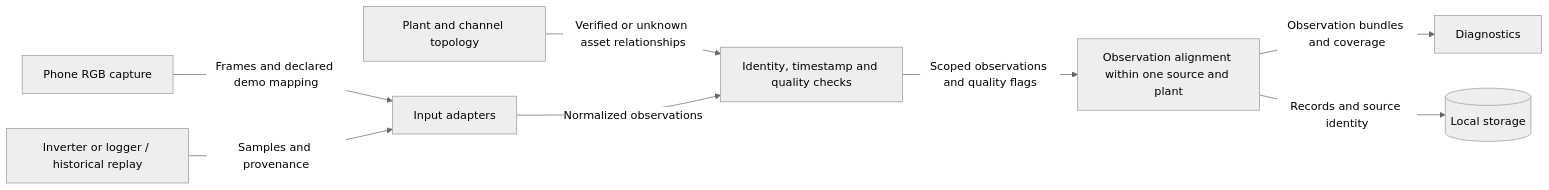
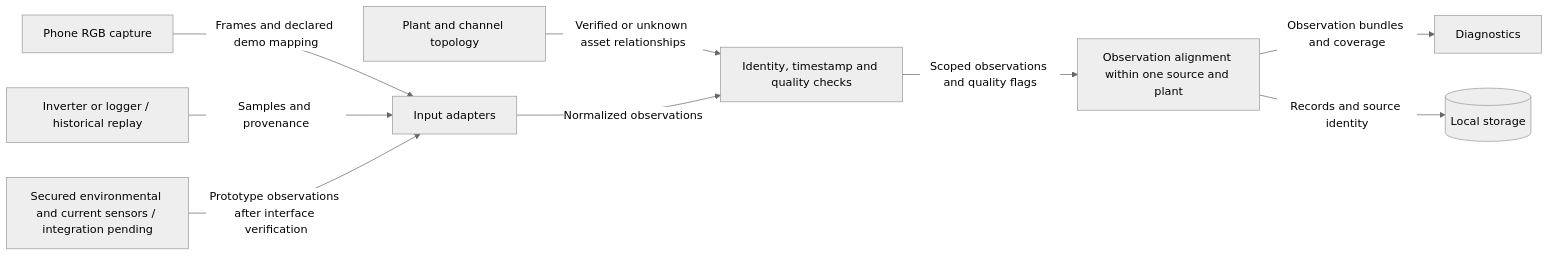
One commit to B-AROL-O/hackturin-2026 changed the diagram in docs/architecture/components/acquisition.md. Above: the diagram before and after it, drawn with Mermaid (neutral theme). The commit also changed other lines of this file and 18 other files, not shown here.

````diff
--- a/docs/architecture/components/acquisition.md
+++ b/docs/architecture/components/acquisition.md
@@ -10,18 +10,20 @@
 ```mermaid
 flowchart LR
     phone["Phone RGB capture"]
     telemetry["Inverter or logger / historical replay"]
+    sensors["Secured environmental and current sensors / integration pending"]
     mapping["Plant and channel topology"]
     adapters["Input adapters"]
     validate["Identity, timestamp and quality checks"]
     align["Observation alignment within one source and plant"]
     diagnostics["Diagnostics"]
     storage[("Local storage")]
     phone -->|Frames and declared demo mapping| adapters
     telemetry -->|Samples and provenance| adapters
+    sensors -->|Prototype observations after interface verification| adapters
     mapping -->|Verified or unknown asset relationships| validate
     adapters -->|Normalized observations| validate
     validate -->|Scoped observations and quality flags| align
     align -->|Observation bundles and coverage| diagnostics
     align -->|Records and source identity| storage
 ```
````
